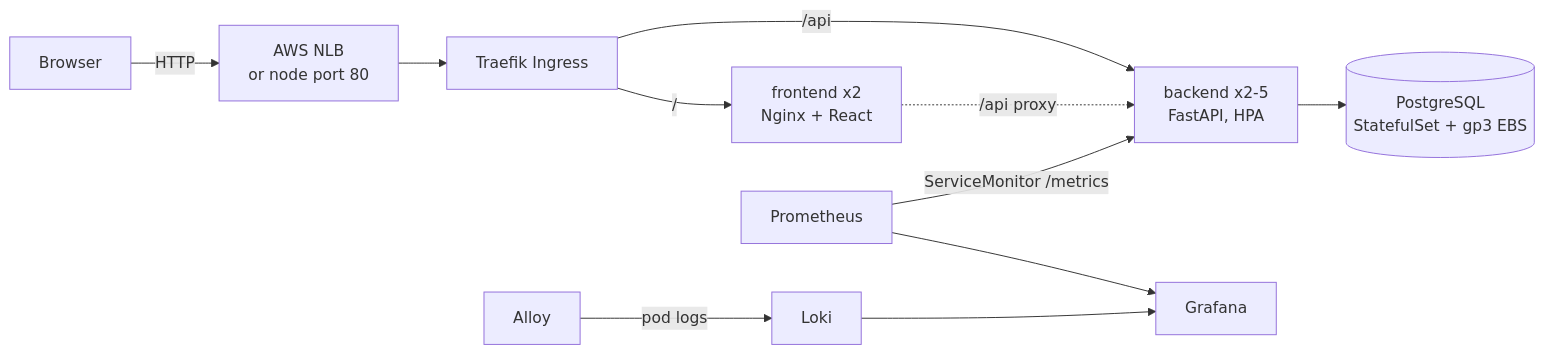
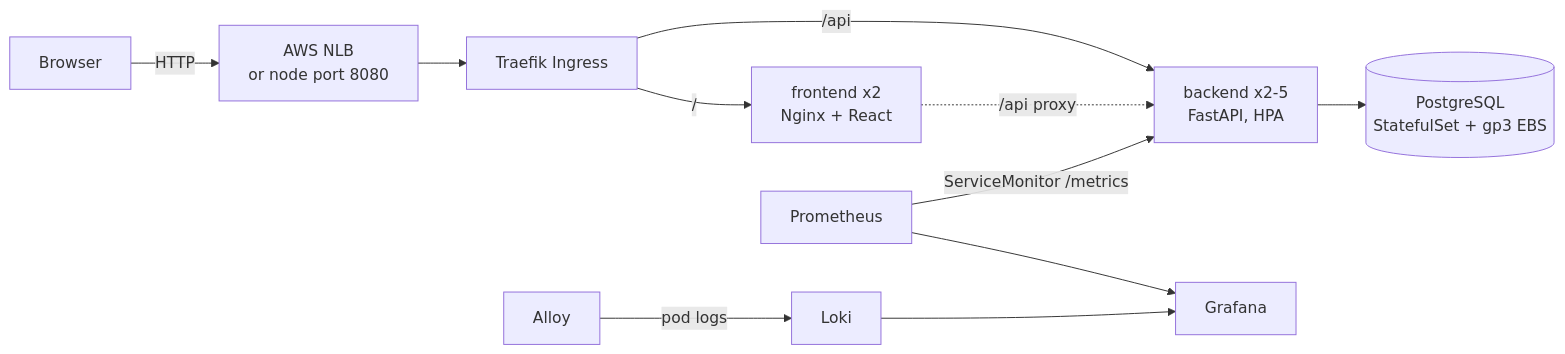
The first of 3 diagrams in docs/ARCHITECTURE.md (sanaa-duhh/Seatlock_Devops), drawn with Mermaid before and after one commit. The commit also changed other lines of this file and 9 other files, not shown here.

````diff
--- a/docs/ARCHITECTURE.md
+++ b/docs/ARCHITECTURE.md
@@ -5,12 +5,12 @@
 ```mermaid
 flowchart LR
-    User[Browser] -->|HTTP| LB[AWS NLB<br/>or node port 80]
+    User[Browser] -->|HTTP| LB[AWS NLB<br/>or node port 8080]
     LB --> Traefik[Traefik Ingress]
     Traefik -->|/| FE[frontend x2<br/>Nginx + React]
     Traefik -->|/api| BE[backend x2-5<br/>FastAPI, HPA]
     FE -.->|/api proxy| BE
     BE --> PG[(PostgreSQL<br/>StatefulSet + gp3 EBS)]
     Prom[Prometheus] -->|ServiceMonitor /metrics| BE
     Prom --> Graf[Grafana]
     Alloy -->|pod logs| Loki --> Graf
 ```
````
